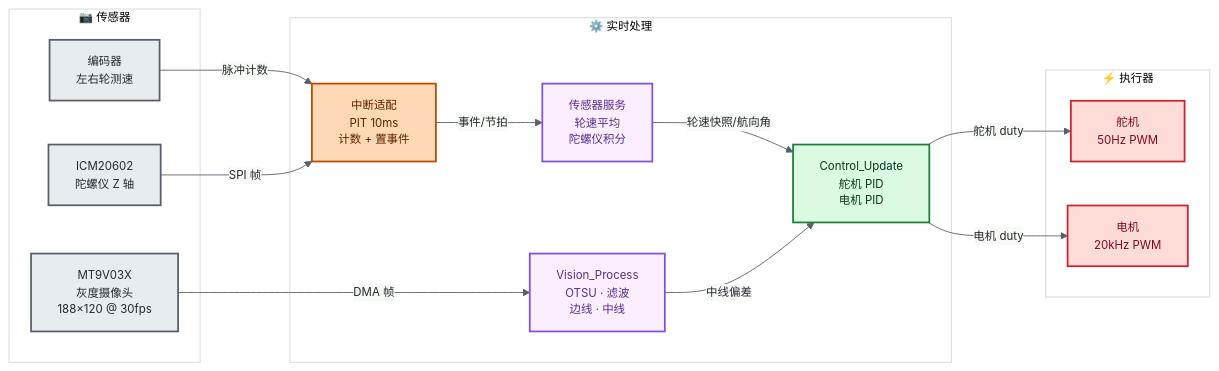
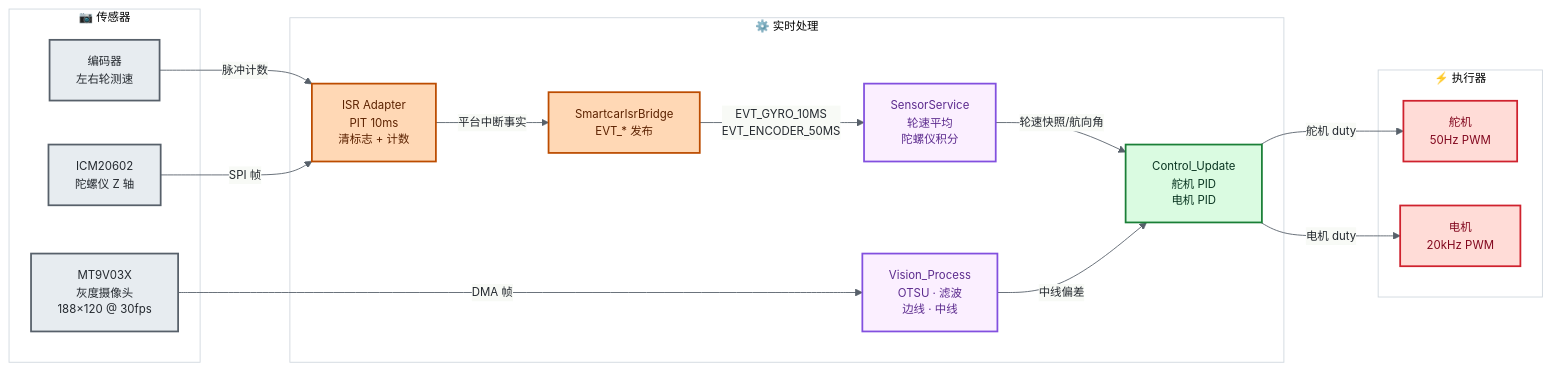
The second of 3 diagrams in README.md (ParacosmYy/GS_Smart_car), drawn with Mermaid before and after one commit. The commit also changed other lines of this file and 27 other files, not shown here.

````diff
--- a/README.md
+++ b/README.md
@@ -97,36 +102,38 @@
 ```mermaid
 %%{init: {'theme':'base','themeVariables':{'primaryColor':'#f6f8fa','primaryTextColor':'#24292f','primaryBorderColor':'#d0d7de','lineColor':'#57606a','fontSize':'13px','fontFamily':'ui-sans-serif,system-ui,-apple-system,Segoe UI,Helvetica,Arial,sans-serif','clusterBkg':'#ffffff','clusterBorder':'#d0d7de'}}}%%
 flowchart LR
     classDef sensor  fill:#e7ecf0,stroke:#57606a,stroke-width:2px,color:#24292f
     classDef isr     fill:#ffd8b5,stroke:#bc4c00,stroke-width:2px,color:#5c2200
     classDef vision  fill:#fbefff,stroke:#8250df,stroke-width:2px,color:#5c2b8e
     classDef control fill:#dafbe1,stroke:#1a7f37,stroke-width:2px,color:#0a3622
     classDef actOut  fill:#ffdcd7,stroke:#cf222e,stroke-width:2px,color:#82071e
 
     subgraph SENS[" 📷 传感器 "]
         CAM["MT9V03X<br/>灰度摄像头<br/>188×120 @ 30fps"]:::sensor
         ENC["编码器<br/>左右轮测速"]:::sensor
         GYRO["ICM20602<br/>陀螺仪 Z 轴"]:::sensor
     end
 
     subgraph PROC[" ⚙️ 实时处理 "]
-        ISR["中断适配<br/>PIT 10ms<br/>计数 + 置事件"]:::isr
-        SENSOR["传感器服务<br/>轮速平均<br/>陀螺仪积分"]:::vision
+        ISR["ISR Adapter<br/>PIT 10ms<br/>清标志 + 计数"]:::isr
+        BRIDGE["SmartcarIsrBridge<br/>EVT_* 发布"]:::isr
+        SENSOR["SensorService<br/>轮速平均<br/>陀螺仪积分"]:::vision
         VISION["Vision_Process<br/>OTSU · 滤波<br/>边线 · 中线"]:::vision
         CONTROL["Control_Update<br/>舵机 PID<br/>电机 PID"]:::control
     end
 
     subgraph ACT[" ⚡ 执行器 "]
         SERVO["舵机<br/>50Hz PWM"]:::actOut
         MOTOR["电机<br/>20kHz PWM"]:::actOut
     end
 
     CAM    -->|DMA 帧| VISION
     ENC    -->|脉冲计数| ISR
     GYRO   -->|SPI 帧| ISR
-    ISR    -->|事件/节拍| SENSOR
+    ISR    -->|平台中断事实| BRIDGE
+    BRIDGE -->|EVT_GYRO_10MS<br/>EVT_ENCODER_50MS| SENSOR
     SENSOR -->|轮速快照/航向角| CONTROL
     VISION -->|中线偏差| CONTROL
     CONTROL -->|舵机 duty| SERVO
     CONTROL -->|电机 duty| MOTOR
 ```
````
